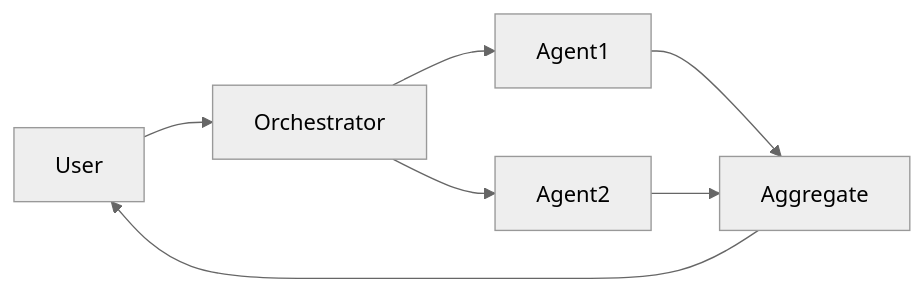
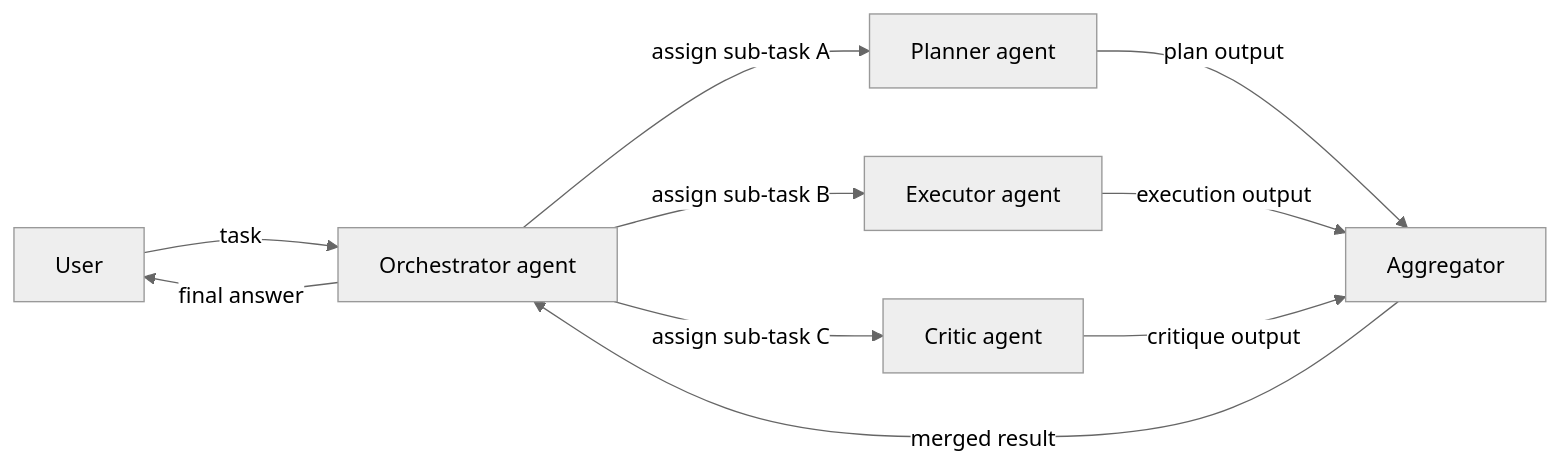
Before and after one commit to EmersonBraun/ai-summary-hub: the first of 2 diagrams in docs/agents/multi-agent-systems.md, drawn with Mermaid (neutral theme). The commit also changed other lines of this file and 77 other files, not shown here.

````diff
--- a/docs/agents/multi-agent-systems.md
+++ b/docs/agents/multi-agent-systems.md
@@ -19,9 +23,12 @@
 ```mermaid
 flowchart LR
-  User[User] --> Orch[Orchestrator]
-  Orch --> Agent1[Agent1]
-  Orch --> Agent2[Agent2]
-  Agent1 --> Aggregate[Aggregate]
-  Agent2 --> Aggregate
-  Aggregate --> User
+  User[User] -->|task| Orch[Orchestrator agent]
+  Orch -->|assign sub-task A| Agent1[Planner agent]
+  Orch -->|assign sub-task B| Agent2[Executor agent]
+  Orch -->|assign sub-task C| Agent3[Critic agent]
+  Agent1 -->|plan output| Aggregate[Aggregator]
+  Agent2 -->|execution output| Aggregate
+  Agent3 -->|critique output| Aggregate
+  Aggregate -->|merged result| Orch
+  Orch -->|final answer| User
 ```
````
